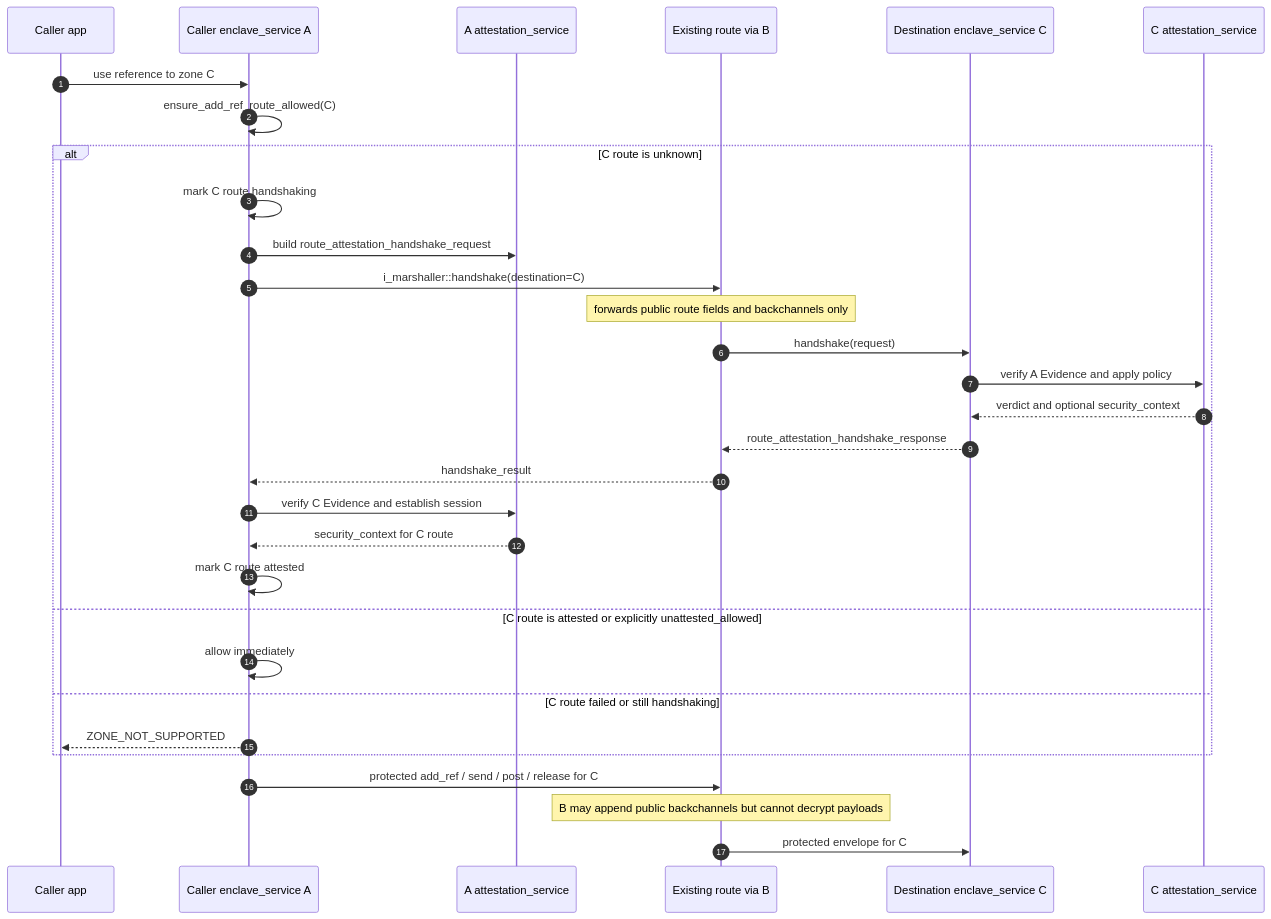
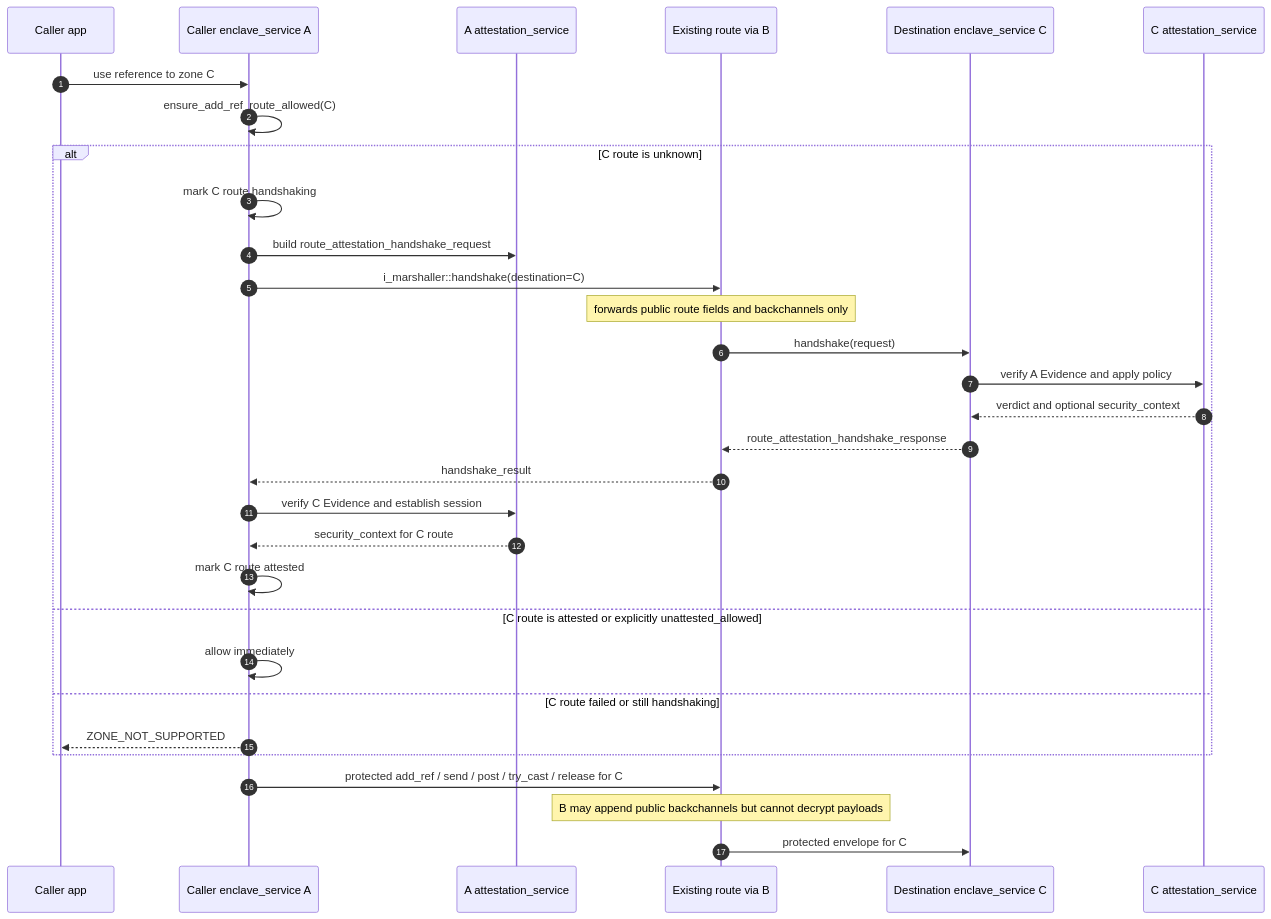
Before and after one commit to edwardbr/Canopy: the fourth of 5 diagrams in documents/security/attestation/overview.md, drawn with Mermaid. The commit also changed other lines of this file and 10 other files, not shown here.

Commit message:
implemented try cast

````diff
--- a/documents/security/attestation/overview.md
+++ b/documents/security/attestation/overview.md
@@ -322,35 +326,35 @@
 ```mermaid
 sequenceDiagram
     autonumber
     participant AppA as Caller app
     participant ServiceA as Caller enclave_service A
     participant AttA as A attestation_service
     participant RouteB as Existing route via B
     participant ServiceC as Destination enclave_service C
     participant AttC as C attestation_service
 
     AppA->>ServiceA: use reference to zone C
     ServiceA->>ServiceA: ensure_add_ref_route_allowed(C)
     alt C route is unknown
         ServiceA->>ServiceA: mark C route handshaking
         ServiceA->>AttA: build route_attestation_handshake_request
         ServiceA->>RouteB: i_marshaller::handshake(destination=C)
         Note over RouteB: forwards public route fields and backchannels only
         RouteB->>ServiceC: handshake(request)
         ServiceC->>AttC: verify A Evidence and apply policy
         AttC-->>ServiceC: verdict and optional security_context
         ServiceC-->>RouteB: route_attestation_handshake_response
         RouteB-->>ServiceA: handshake_result
         ServiceA->>AttA: verify C Evidence and establish session
         AttA-->>ServiceA: security_context for C route
         ServiceA->>ServiceA: mark C route attested
     else C route is attested or explicitly unattested_allowed
         ServiceA->>ServiceA: allow immediately
     else C route failed or still handshaking
         ServiceA-->>AppA: ZONE_NOT_SUPPORTED
     end
 
-    ServiceA->>RouteB: protected add_ref / send / post / release for C
+    ServiceA->>RouteB: protected add_ref / send / post / try_cast / release for C
     Note over RouteB: B may append public backchannels but cannot decrypt payloads
     RouteB->>ServiceC: protected envelope for C
 ```
````
